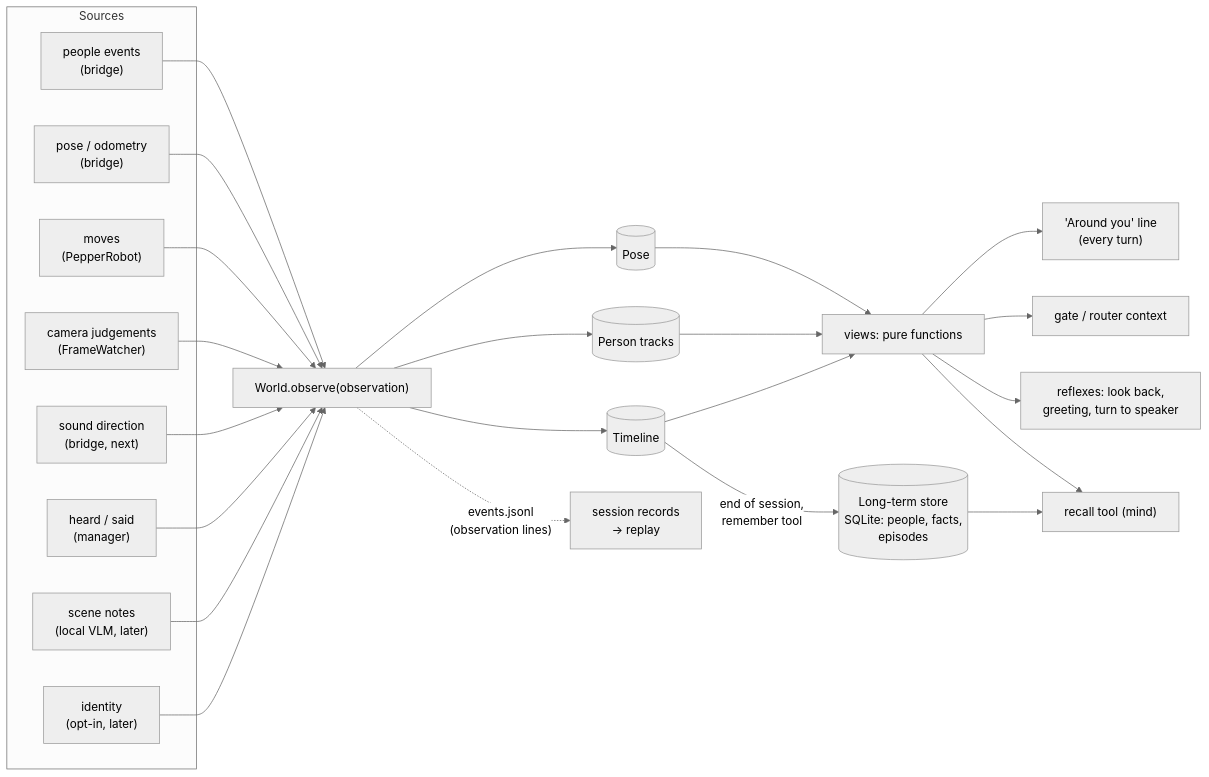
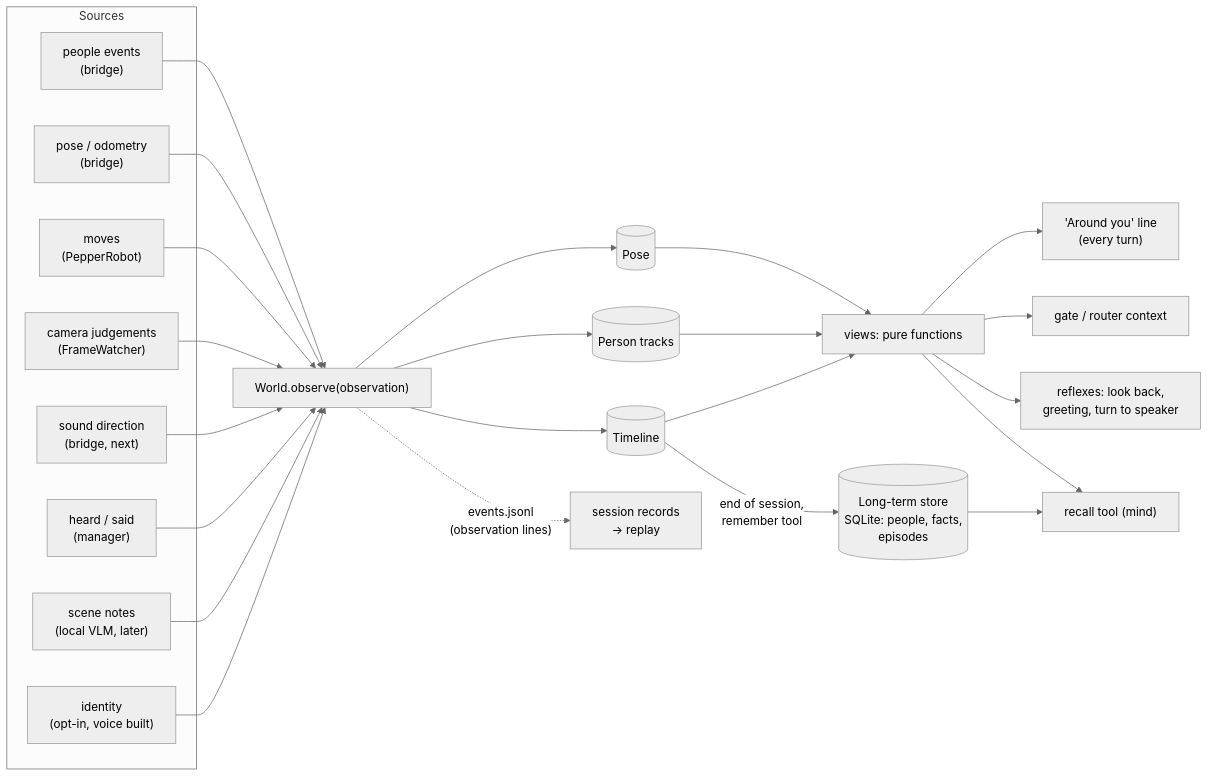
Before and after one commit to mfbergmann/PepperEvolution: the diagram in docs/MEMORY.md, drawn with Mermaid (neutral theme). The commit also changed other lines of this file and 26 other files, not shown here.

````diff
--- a/docs/MEMORY.md
+++ b/docs/MEMORY.md
@@ -42,25 +42,25 @@
 ```mermaid
 flowchart LR
     subgraph Sources
         P["people events\n(bridge)"]
         O["pose / odometry\n(bridge)"]
         M["moves\n(PepperRobot)"]
         C["camera judgements\n(FrameWatcher)"]
         S["sound direction\n(bridge, next)"]
         H["heard / said\n(manager)"]
         SC["scene notes\n(local VLM, later)"]
-        ID["identity\n(opt-in, later)"]
+        ID["identity\n(opt-in, voice built)"]
     end
     P & O & M & C & S & H & SC & ID --> OBS["World.observe(observation)"]
     OBS --> POSE[("Pose")]
     OBS --> TR[("Person tracks")]
     OBS --> TL[("Timeline")]
     POSE & TR & TL --> V["views: pure functions"]
     V --> SUM["'Around you' line\n(every turn)"]
     V --> GATE["gate / router context"]
     V --> RX["reflexes: look back,\ngreeting, turn to speaker"]
     V --> RC["recall tool (mind)"]
     TL -- "end of session,\nremember tool" --> LT[("Long-term store\nSQLite: people, facts,\nepisodes")]
     LT --> RC
     OBS -. "events.jsonl\n(observation lines)" .-> REC["session records\n-> replay"]
 ```
````
